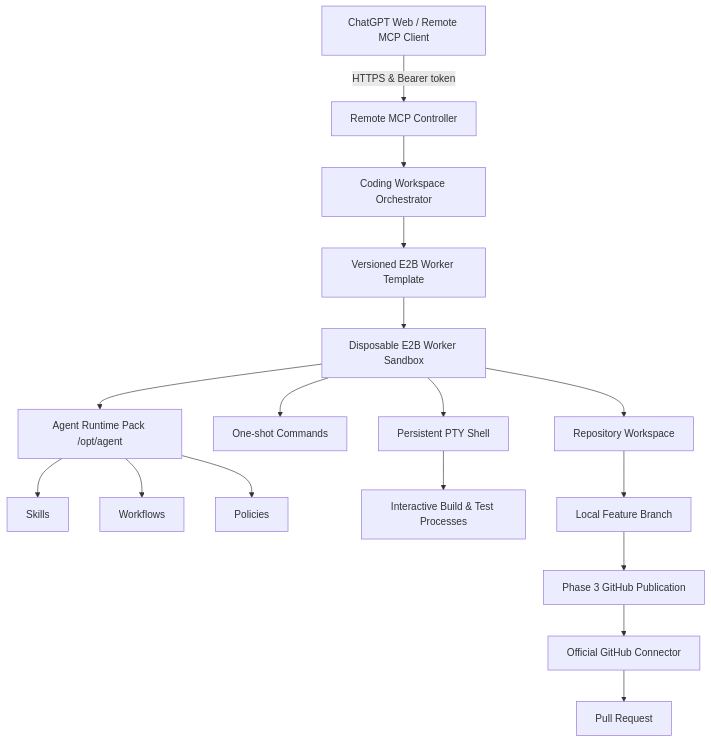
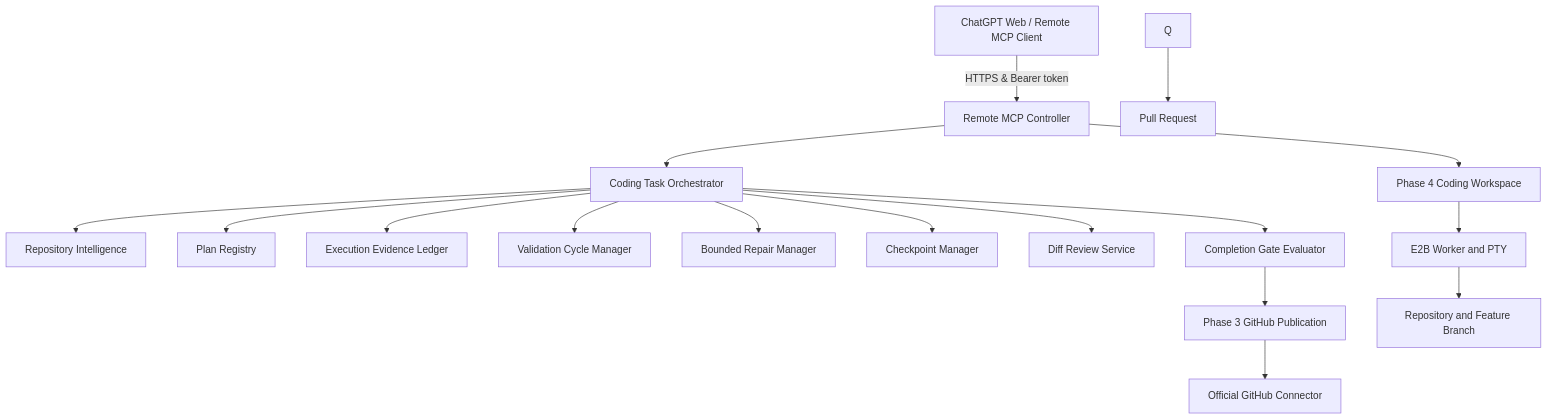
One commit to imMamdouhaboammar/e2b-agent-runtime changed the diagram in README.md. Above: the diagram before and after it, drawn with Mermaid. The commit also changed other lines of this file and 9 other files, not shown here.

Commit message:
docs: update ARCHITECTURE_MAP.md, README.md, workflow policies, and package scripts

````diff
--- a/README.md
+++ b/README.md
@@ -9,19 +9,19 @@
 ```mermaid
 flowchart TD
     A[ChatGPT Web / Remote MCP Client] -->|HTTPS & Bearer token| B[Remote MCP Controller]
-    B --> C[Coding Workspace Orchestrator]
-    C --> D[Versioned E2B Worker Template]
-    D --> E[Disposable E2B Worker Sandbox]
-    E --> F[Persistent PTY Shell]
-    E --> G[One-shot Commands]
-    E --> H[Repository Workspace]
-    E --> I[Agent Runtime Pack /opt/agent]
-    I --> J[Skills]
-    I --> K[Workflows]
-    I --> L[Policies]
-    F --> M[Interactive Build & Test Processes]
-    H --> N[Local Feature Branch]
-    N --> O[Phase 3 GitHub Publication]
+    B --> C[Coding Task Orchestrator]
+    C --> D[Repository Intelligence]
+    C --> E[Plan Registry]
+    C --> F[Execution Evidence Ledger]
+    C --> G[Validation Cycle Manager]
+    C --> H[Bounded Repair Manager]
+    C --> I[Checkpoint Manager]
+    C --> J[Diff Review Service]
+    C --> K[Completion Gate Evaluator]
+    B --> L[Phase 4 Coding Workspace]
+    L --> M[E2B Worker and PTY]
+    M --> N[Repository and Feature Branch]
+    K --> O[Phase 3 GitHub Publication]
     O --> P[Official GitHub Connector]
-    P --> Q[Pull Request]
+    Q --> R[Pull Request]
 ```
````
